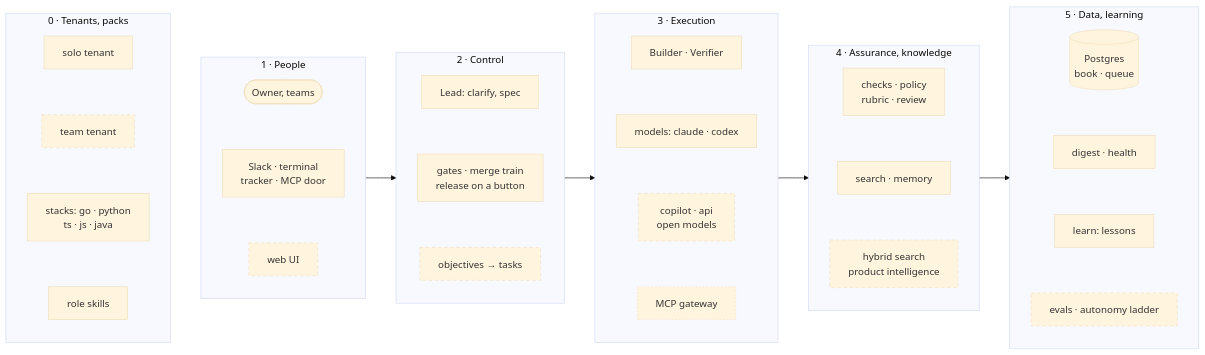
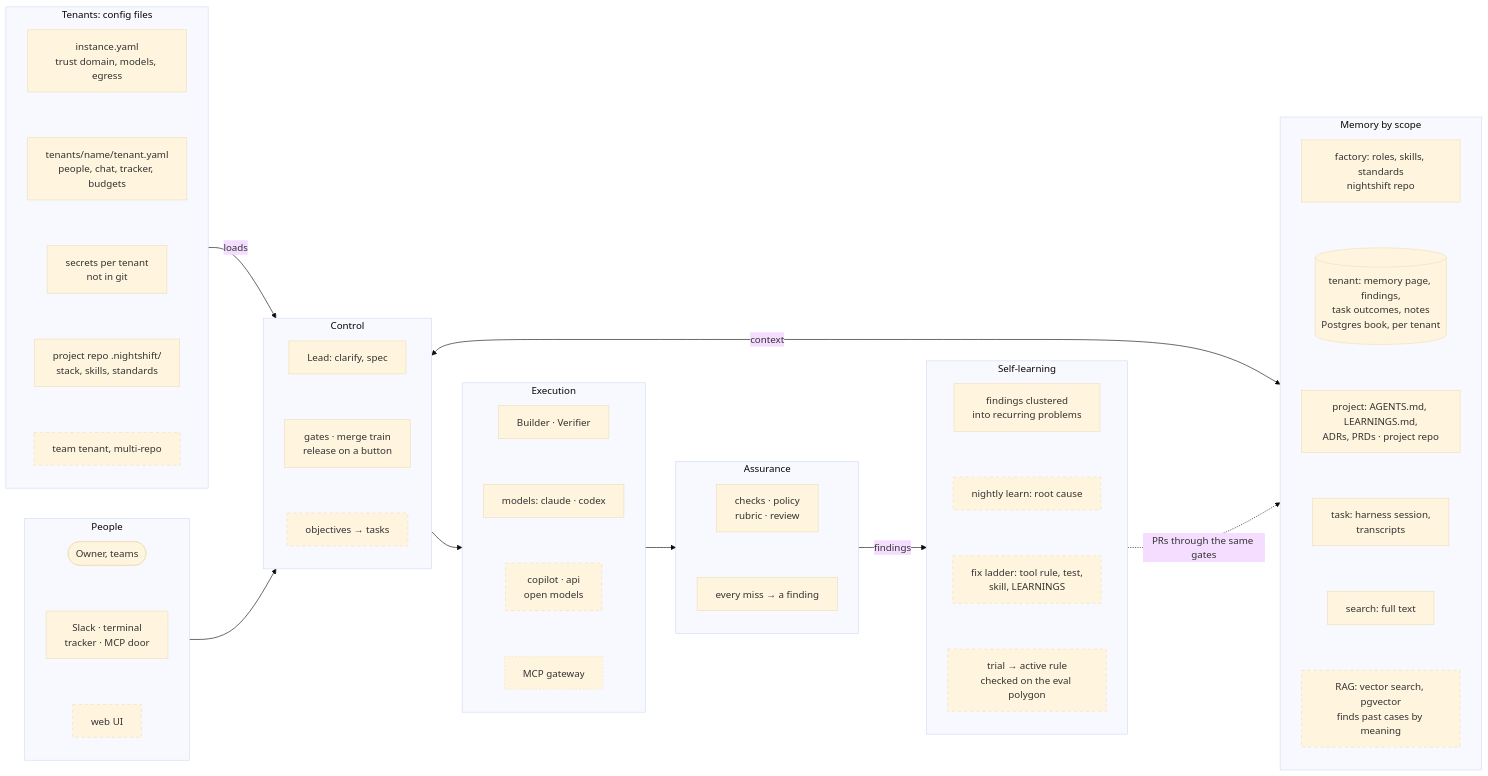
One commit to IlyaChakun/nightshift changed the second of 2 diagrams in README.md. Above: the diagram before and after it, drawn with Mermaid (base theme). The commit also changed other lines of this file, not shown here.

Commit message:
docs: show tenant config, memory scopes and self-learning in the target diagram (#485)
Claude-Session: https://claude.ai/code/session_01XQwZc1abv2AyYvp1Q271iB

````diff
--- a/README.md
+++ b/README.md
@@ -65,51 +67,58 @@
 ```mermaid
 flowchart LR
-  subgraph L1["1 · People"]
-    direction TB
-    owner(["Owner, teams"])
-    doors["Slack · terminal<br/>tracker · MCP door"]
-    webui["web UI"]:::plan
+  subgraph CFG["Tenants: config files"]
+    i1["instance.yaml<br/>trust domain, models, egress"]
+    i2["tenants/name/tenant.yaml<br/>people, chat, tracker, budgets"]
+    i3["secrets per tenant<br/>not in git"]
+    i4["project repo .nightshift/<br/>stack, skills, standards"]
+    i5["team tenant, multi-repo"]:::plan
   end
-  subgraph L2["2 · Control"]
-    direction TB
-    lead["Lead: clarify, spec"]
-    flow["gates · merge train<br/>release on a button"]
-    obj["objectives → tasks"]:::plan
+  subgraph PPL["People"]
+    p1(["Owner, teams"])
+    p2["Slack · terminal<br/>tracker · MCP door"]
+    p3["web UI"]:::plan
   end
-  subgraph L3["3 · Execution"]
-    direction TB
-    roles["Builder · Verifier"]
-    hz["models: claude · codex"]
-    hzp["copilot · api<br/>open models"]:::plan
-    gw["MCP gateway"]:::idea
+  subgraph CTL["Control"]
+    c1["Lead: clarify, spec"]
+    c2["gates · merge train<br/>release on a button"]
+    c3["objectives → tasks"]:::plan
   end
-  subgraph L4["4 · Assurance, knowledge"]
-    direction TB
-    asr["checks · policy<br/>rubric · review"]
-    kno["search · memory"]
-    knp["hybrid search<br/>product intelligence"]:::plan
+  subgraph EXE["Execution"]
+    e1["Builder · Verifier"]
+    e2["models: claude · codex"]
+    e3["copilot · api<br/>open models"]:::plan
+    e4["MCP gateway"]:::idea
   end
-  subgraph L5["5 · Data, learning"]
-    direction TB
-    book[("Postgres<br/>book · queue")]
-    obs["digest · health"]
-    learn["learn: lessons"]
-    evo["evals · autonomy ladder"]:::plan
+  subgraph ASR["Assurance"]
+    a1["checks · policy<br/>rubric · review"]
+    a2["every miss → a finding"]
   end
-  subgraph T["0 · Tenants, packs"]
-    direction TB
-    solo["solo tenant"]
-    team["team tenant"]:::plan
-    packs["stacks: go · python<br/>ts · js · java"]
-    skills["role skills"]
+  subgraph MEM["Memory by scope"]
+    m1["factory: roles, skills, standards<br/>nightshift repo"]
+    m2[("tenant: memory page, findings,<br/>task outcomes, notes<br/>Postgres book, per tenant")]
+    m3["project: AGENTS.md, LEARNINGS.md,<br/>ADRs, PRDs · project repo"]
+    m4["task: harness session,<br/>transcripts"]
+    m5["search: full text"]
+    m6["RAG: vector search, pgvector<br/>finds past cases by meaning"]:::plan
   end
-  owner ~~~ doors ~~~ webui
-  lead ~~~ flow ~~~ obj
-  roles ~~~ hz ~~~ hzp ~~~ gw
-  asr ~~~ kno ~~~ knp
-  book ~~~ obs ~~~ learn ~~~ evo
-  solo ~~~ team ~~~ packs ~~~ skills
-  T ~~~ L1 --> L2 --> L3 --> L4 --> L5
+  subgraph LRN["Self-learning"]
+    l1["findings clustered<br/>into recurring problems"]
+    l2["nightly learn: root cause"]:::plan
+    l3["fix ladder: tool rule, test,<br/>skill, LEARNINGS"]:::plan
+    l4["trial → active rule<br/>checked on the eval polygon"]:::plan
+  end
+  i1 ~~~ i2 ~~~ i3 ~~~ i4 ~~~ i5
+  p1 ~~~ p2 ~~~ p3
+  c1 ~~~ c2 ~~~ c3
+  e1 ~~~ e2 ~~~ e3 ~~~ e4
+  a1 ~~~ a2
+  m1 ~~~ m2 ~~~ m3 ~~~ m4 ~~~ m5 ~~~ m6
+  l1 ~~~ l2 ~~~ l3 ~~~ l4
+  CFG -- loads --> CTL
+  PPL --> CTL --> EXE --> ASR
+  CTL <-- context --> MEM
+  ASR -- findings --> LRN
+  LRN -. PRs through the same gates .-> MEM
   classDef plan stroke-dasharray: 5 5
   classDef idea stroke-dasharray: 2 4
 ```
````
